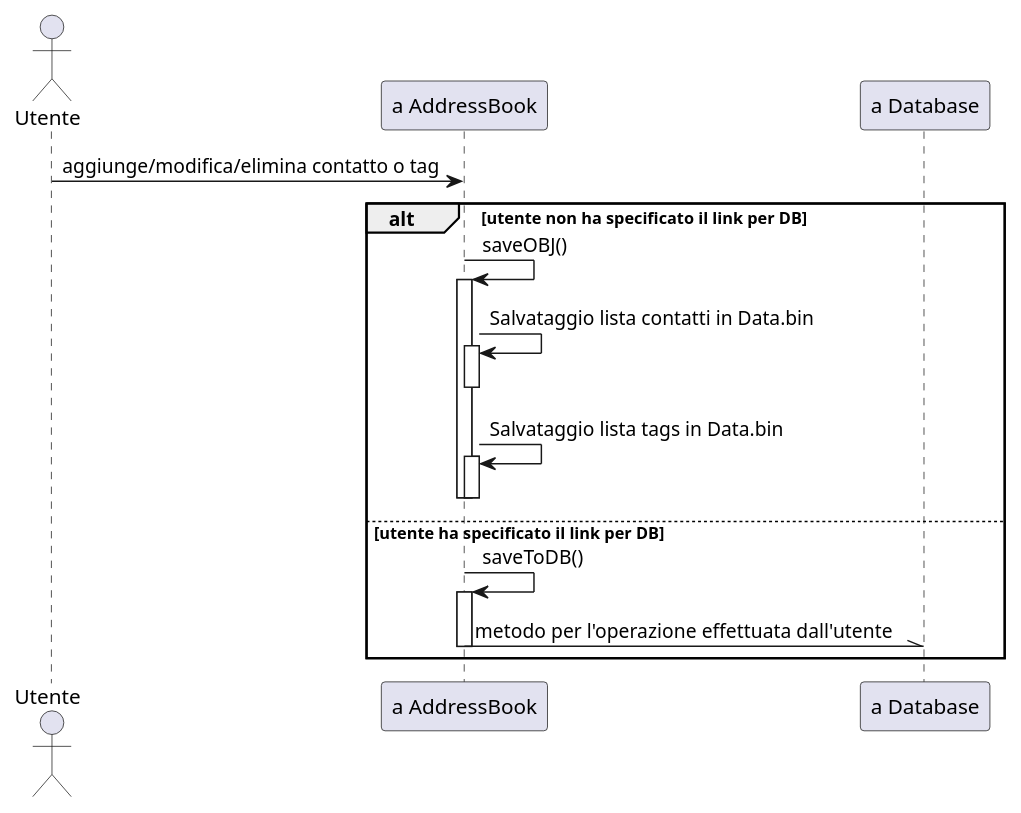
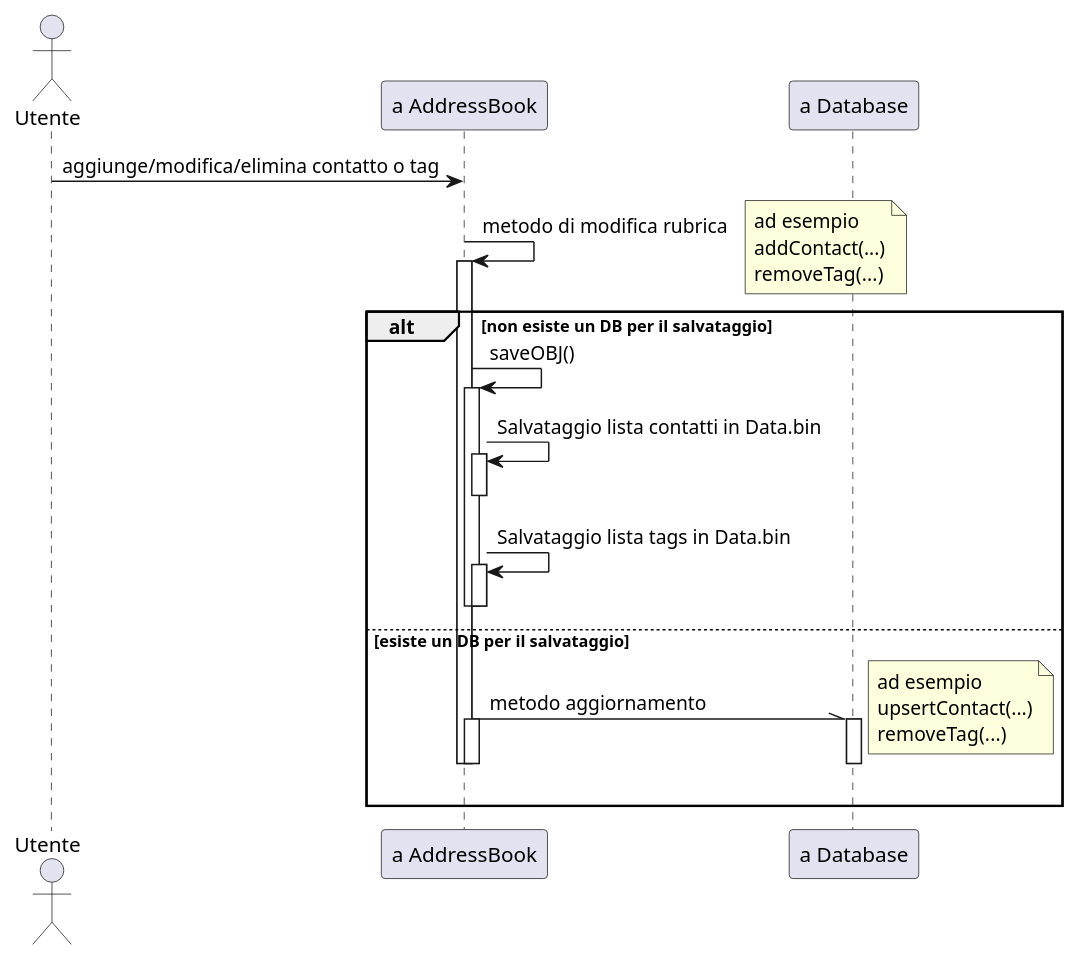
Before and after one commit to savaava/ProgettoRubrica: the diagram in documenti/diagrammaSequenzaC8SalvareRubrica.puml, drawn with PlantUML. The commit also changed 3 other files, not shown here.

Commit message:
update diagrammi classi e sequenza

```diff
--- a/documenti/diagrammaSequenzaC8SalvareRubrica.puml
+++ b/documenti/diagrammaSequenzaC8SalvareRubrica.puml
@@ -1,29 +1,44 @@
 @startuml salvataggio in locale o in DB
 
 actor Utente as u
 'participant "a MainController" as mc
 participant "a AddressBook" as ab
 participant "a Database" as d
 
 u -> ab : aggiunge/modifica/elimina contatto o tag
 
-alt utente non ha specificato il link per DB
+ab -> ab : metodo di modifica rubrica
+note right
+ad esempio
+addContact(...)
+removeTag(...)
+end note
+activate ab
+
+alt non esiste un DB per il salvataggio
 ab -> ab : saveOBJ()
 activate ab
 ab -> ab : Salvataggio lista contatti in Data.bin
 activate ab
 deactivate ab
 ab -> ab : Salvataggio lista tags in Data.bin
 activate ab
 deactivate ab
 deactivate ab
 
-else utente ha specificato il link per DB
-ab -> ab : saveToDB()
+else esiste un DB per il salvataggio
+ab -\\ d : metodo aggiornamento 
 activate ab
-ab -\\ d : metodo per l'operazione effettuata dall'utente
+note right
+ad esempio
+upsertContact(...)
+removeTag(...)
+end note
+activate d
+deactivate d
+deactivate ab
 deactivate ab
 
 end
 
 @enduml
```
